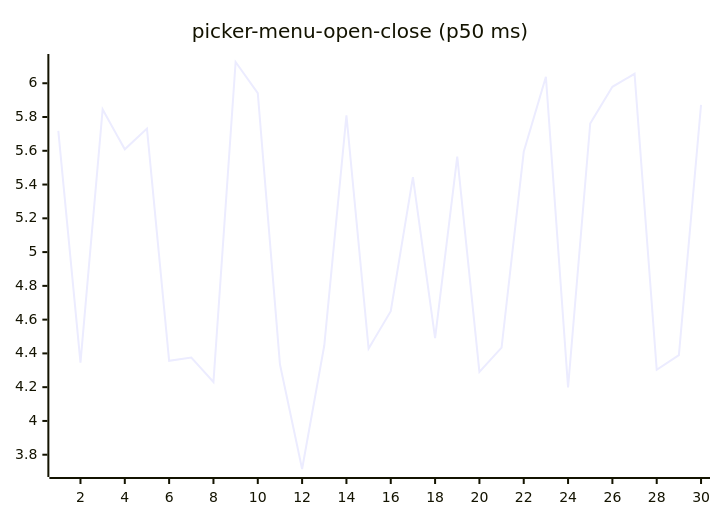
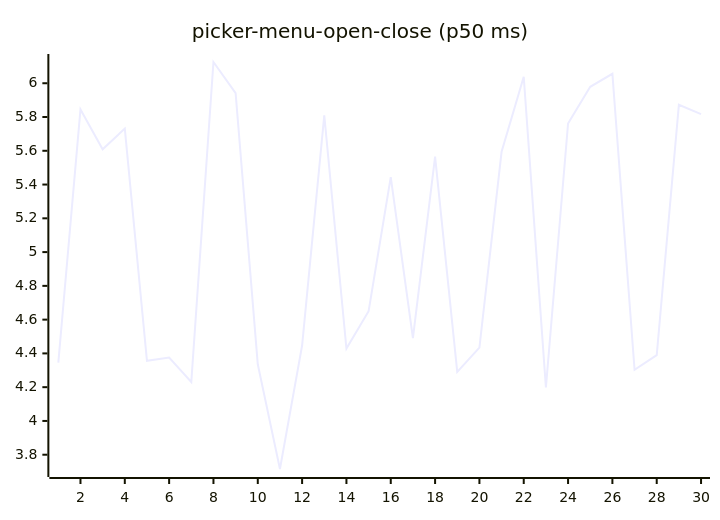
One commit to josha/Facet changed diagram 16 of 27 in README.md. Above: the diagram before and after it, drawn with Mermaid. The commit also changed other lines of this file and 2 other files, not shown here.

````diff
--- a/README.md
+++ b/README.md
@@ -168,6 +168,6 @@
 ```mermaid
 xychart-beta
     title "picker-menu-open-close (p50 ms)"
     x-axis 1 --> 30
-    line [5.7175, 4.3452, 5.8449, 5.6085, 5.7317, 4.3559, 4.3756, 4.2307, 6.1258, 5.9413, 4.3353, 3.7154, 4.4466, 5.8101, 4.4287, 4.6495, 5.4442, 4.4899, 5.5654, 4.2905, 4.4342, 5.5941, 6.0384, 4.1981, 5.7619, 5.9791, 6.0560, 4.3027, 4.3902, 5.8724]
+    line [4.3452, 5.8449, 5.6085, 5.7317, 4.3559, 4.3756, 4.2307, 6.1258, 5.9413, 4.3353, 3.7154, 4.4466, 5.8101, 4.4287, 4.6495, 5.4442, 4.4899, 5.5654, 4.2905, 4.4342, 5.5941, 6.0384, 4.1981, 5.7619, 5.9791, 6.0560, 4.3027, 4.3902, 5.8724, 5.8169]
 ```
````
